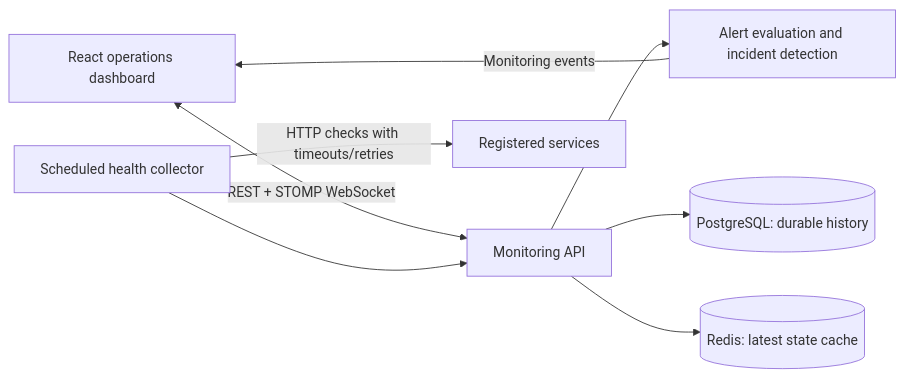
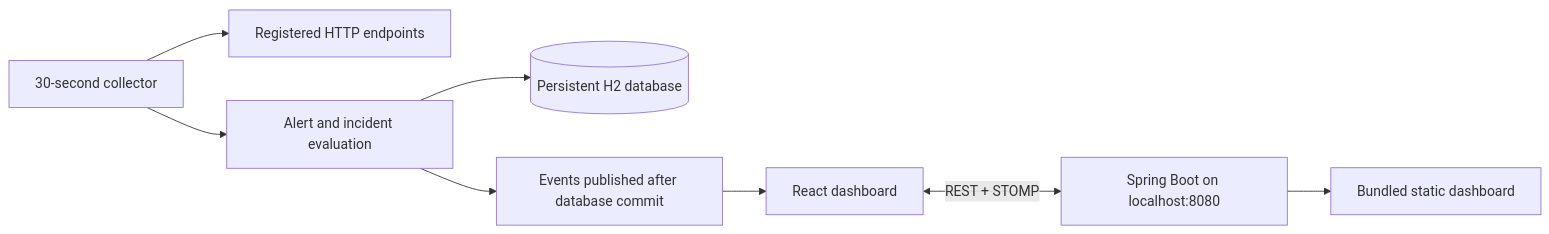
One commit to bhavyakeerthi3/PulseWatch changed the diagram in README.md. Above: the diagram before and after it, drawn with Mermaid. The commit also changed other lines of this file and 7 other files, not shown here.

````diff
--- a/README.md
+++ b/README.md
@@ -7,10 +41,10 @@
 ```mermaid
 flowchart LR
-  Browser[React operations dashboard] <-->|REST + STOMP WebSocket| API[Monitoring API]
-  Collector[Scheduled health collector] -->|HTTP checks with timeouts/retries| Targets[Registered services]
-  Collector --> API
-  API --> Rules[Alert evaluation and incident detection]
-  API --> PG[(PostgreSQL: durable history)]
-  API --> Redis[(Redis: latest state cache)]
-  Rules -->|Monitoring events| Browser
+  Browser[React dashboard] <-->|REST + STOMP| API[Spring Boot on localhost:8080]
+  API --> UI[Bundled static dashboard]
+  Scheduler[30-second collector] --> Targets[Registered HTTP endpoints]
+  Scheduler --> Rules[Alert and incident evaluation]
+  Rules --> Store[(Persistent H2 database)]
+  Rules --> Events[Events published after database commit]
+  Events --> Browser
 ```
````
